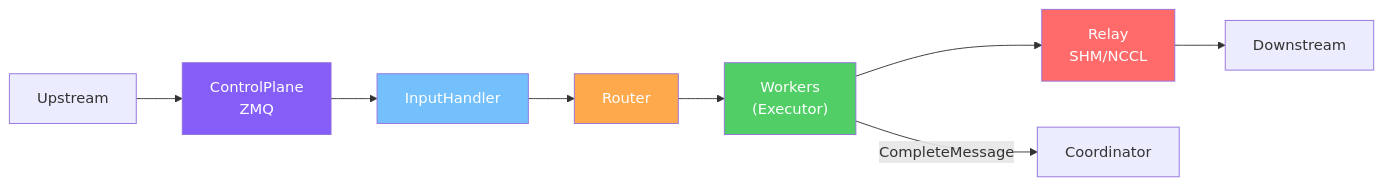
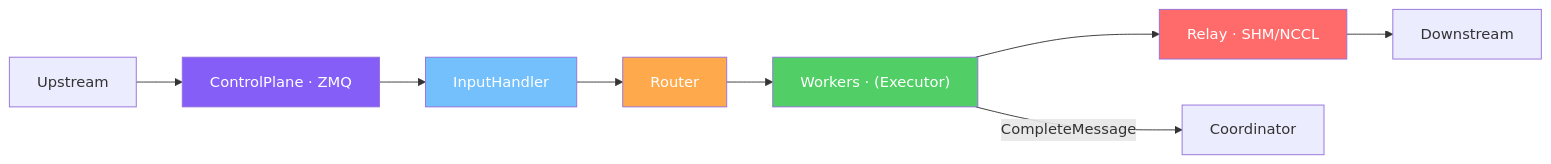
Before and after one commit to zhaochenyang20/Awesome-ML-SYS-Tutorial: diagram 11 of 27 in sglang/sglang-omni/README.md, drawn with Mermaid. The commit also changed other lines of this file, not shown here.

First line of the commit message:
docs(sglang-omni): use single-line mermaid labels and redraw multi-model diagram with subgraphs

````diff
--- a/sglang/sglang-omni/README.md
+++ b/sglang/sglang-omni/README.md
@@ -502,15 +513,12 @@
 ```mermaid
 graph LR
-    Upstream["Upstream"] --> SCP["`ControlPlane
-ZMQ`"] --> IH["InputHandler"] --> Router["Router"] --> W["`Workers
-(Executor)`"]
-    W --> Relay["`Relay
-SHM/NCCL`"] --> Downstream["Downstream"]
+    Upstream["Upstream"] --> SCP["ControlPlane · ZMQ"] --> IH["InputHandler"] --> Router["Router"] --> W["Workers · (Executor)"]
+    W --> Relay["Relay · SHM/NCCL"] --> Downstream["Downstream"]
     W --> |"CompleteMessage"| CO["Coordinator"]
 
     style SCP fill:#845ef7,color:#fff
     style IH fill:#74c0fc,color:#fff
     style Router fill:#ffa94d,color:#fff
     style W fill:#51cf66,color:#fff
     style Relay fill:#ff6b6b,color:#fff
 ```
````
